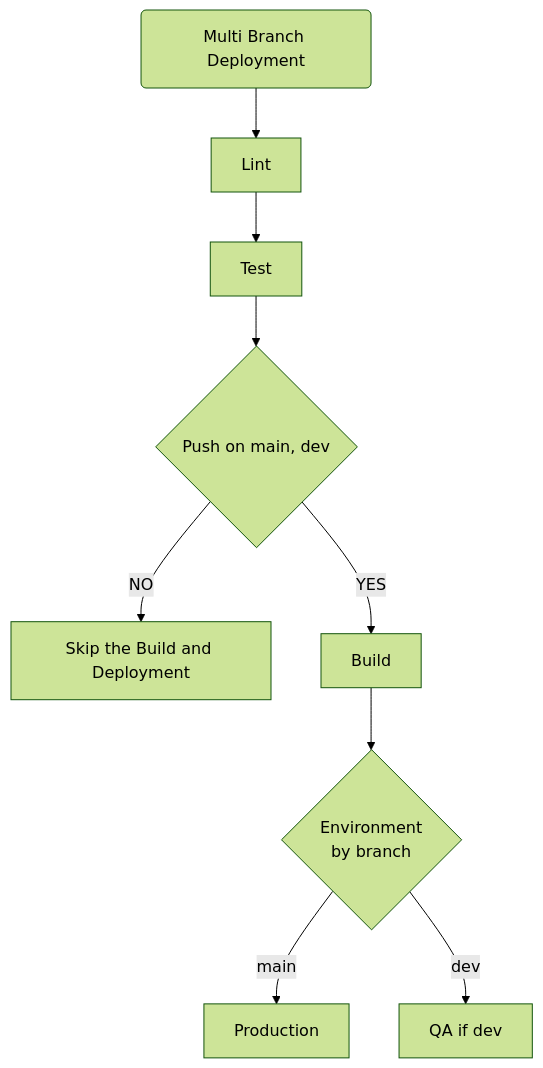
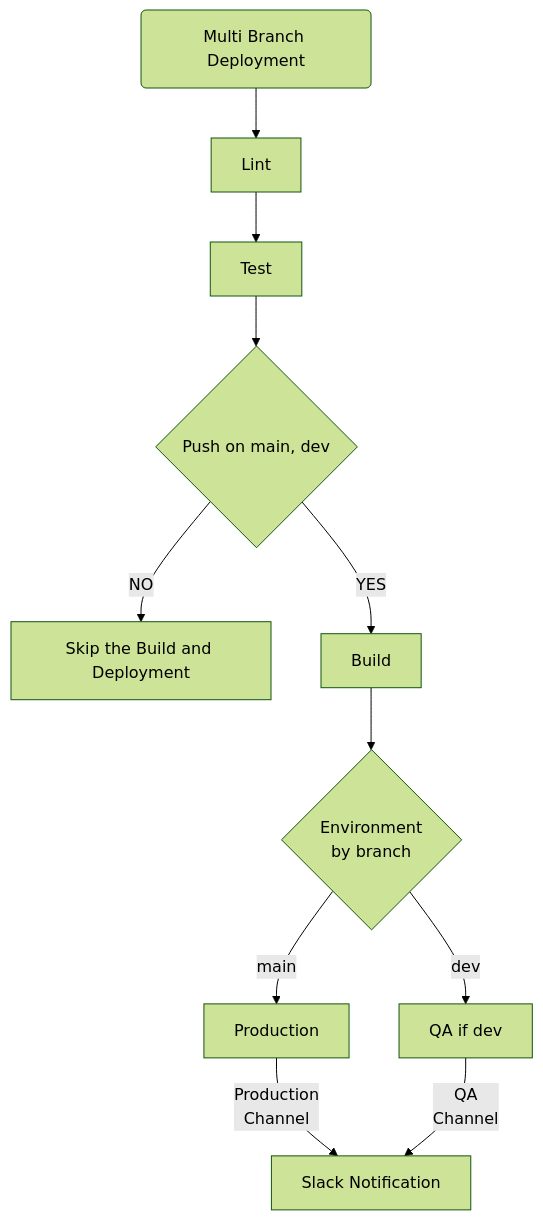
Before and after one commit to Saadullahkhan3/Github-Actions-Pipelines-Demo: the first of 2 diagrams in README.md, drawn with Mermaid (forest theme). The commit also changed other lines of this file, not shown here.

````diff
--- a/README.md
+++ b/README.md
@@ -8,14 +8,16 @@
 ```mermaid
 flowchart TD
     A("Multi Branch Deployment") --> B["Lint"]
     %% A("Multi Branch Deployment") --> B{"CLI client 
     %% (gitviz-cli.js)"}
 
     B --> D["Test"]
     D --> E{"Push on main, dev"}
     E --> |NO| H["Skip the Build and Deployment"]
     E --> |YES| I["Build"]
     I --> J{"Environment <br/> by branch"}
     J --> |main| K["Production"]
     J --> |dev| L["QA if dev"]
+    K --> |"Production<br/>Channel"| M["Slack Notification"]
+    L --> |"QA<br/>Channel"| M
 ```
````
